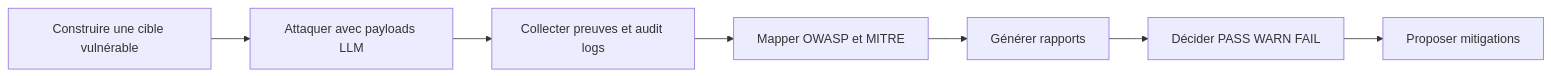
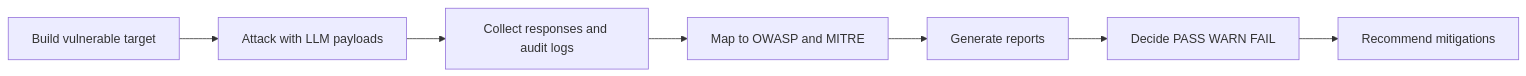
One commit to Augustin-Br/AgentSploit changed the fourth of 4 diagrams in README.md. Above: the diagram before and after it, drawn with Mermaid. The commit also changed other lines of this file, not shown here.

````diff
--- a/README.md
+++ b/README.md
@@ -601,9 +605,9 @@
 ```mermaid
 flowchart LR
-    Build["Construire une cible vulnérable"] --> Attack["Attaquer avec payloads LLM"]
-    Attack --> Evidence["Collecter preuves et audit logs"]
-    Evidence --> Classify["Mapper OWASP et MITRE"]
-    Classify --> Report["Générer rapports"]
-    Report --> Decide["Décider PASS WARN FAIL"]
-    Decide --> Mitigate["Proposer mitigations"]
+    Build["Build vulnerable target"] --> Attack["Attack with LLM payloads"]
+    Attack --> Evidence["Collect responses and audit logs"]
+    Evidence --> Classify["Map to OWASP and MITRE"]
+    Classify --> Report["Generate reports"]
+    Report --> Decide["Decide PASS WARN FAIL"]
+    Decide --> Mitigate["Recommend mitigations"]
 ```
````
